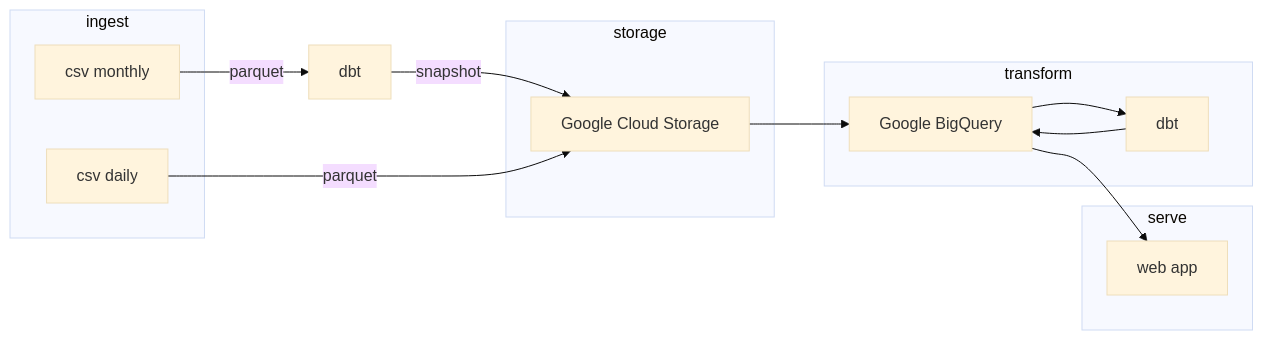
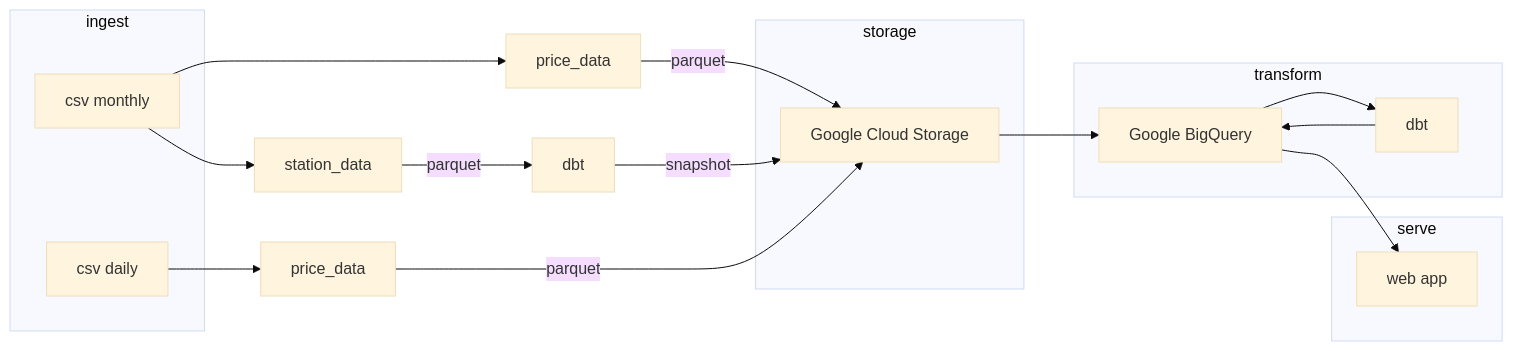
One commit to gsajko/fuel_prices_qld changed the diagram in README.md. Above: the diagram before and after it, drawn with Mermaid (base theme). The commit also changed other lines of this file and 1 other file, not shown here.

Commit message:
changed what data to snapshot

````diff
--- a/README.md
+++ b/README.md
@@ -44,35 +53,36 @@
 ```mermaid
 flowchart LR
 
 
 
 subgraph ingest
 d1[csv monthly]
 d2[csv daily]
 
 end
 subgraph ingest
 
 end
 
 subgraph storage
 gcs[Google Cloud Storage]
 end
-d1 --parquet--> dbt1[dbt]
+d1 --> station_data --parquet--> dbt1[dbt]
+d1 --> p1[price_data] --parquet--> gcs
 dbt1[dbt] --snapshot--> gcs
 dbt1 
-d2--parquet--> gcs
+d2 --> p2[price_data] --parquet--> gcs
 gcs --> gbq[Google BigQuery]
 
 subgraph transform
 gbq --> dbt[dbt]
 dbt --> gbq
 end
 
 gbq --> serv
 
 subgraph serve
 serv[web app]
 end
 
 ```
````
